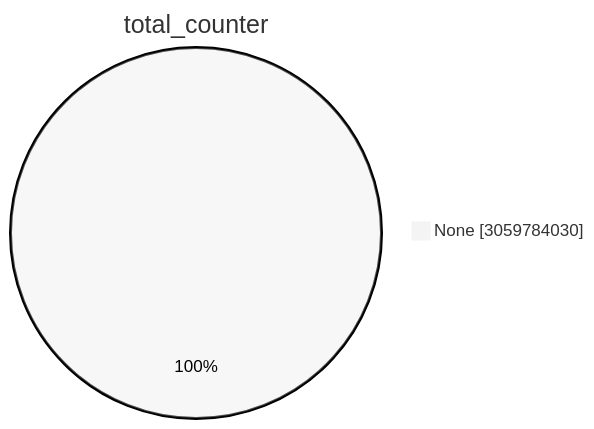
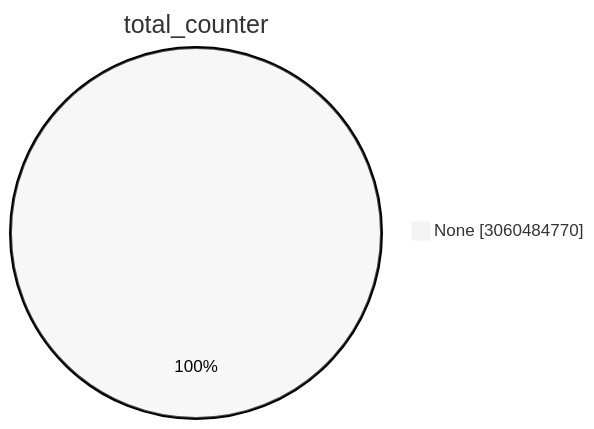
Before and after one commit to christiankrug/ctmonitor_visualization: the first of 15 diagrams in TOTAL/README.md, drawn with Mermaid (neutral theme). The commit also changed other lines of this file, not shown here.

````diff
--- a/TOTAL/README.md
+++ b/TOTAL/README.md
@@ -1,5 +1,5 @@
 ```mermaid
 pie showData
 title total_counter
-"None" :3059784030
+"None" :3060484770
 ```
````
